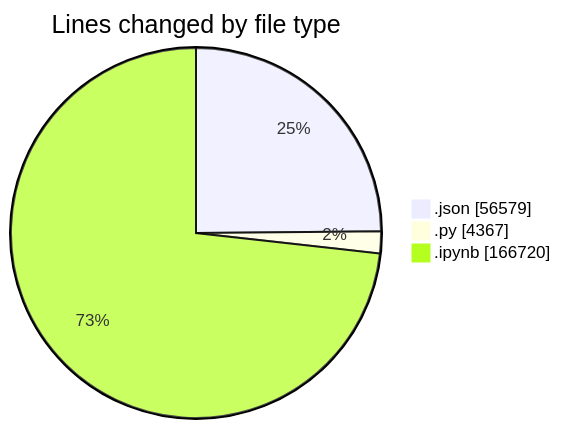
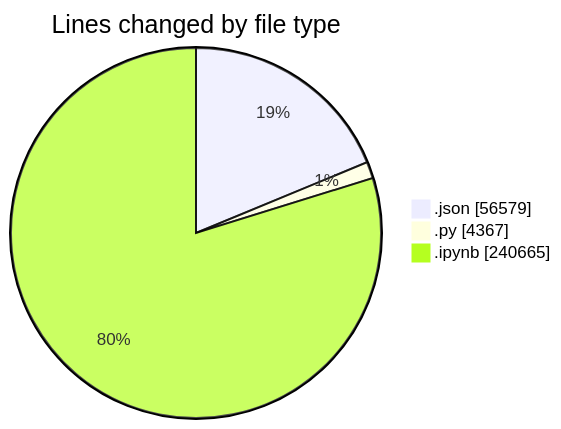
Before and after one commit to MatusMokan/code-tracking: the first of 2 diagrams in 2025-10-04/untitled__workspace_/README.md, drawn with Mermaid. The commit also changed other lines of this file and 1 other file, not shown here.

````diff
--- a/2025-10-04/untitled__workspace_/README.md
+++ b/2025-10-04/untitled__workspace_/README.md
@@ -36,7 +36,7 @@
 ```mermaid
 pie showData
 title Lines changed by file type
 ".json" : 56579
 ".py" : 4367
-".ipynb" : 166720
+".ipynb" : 240665
 ```
````
